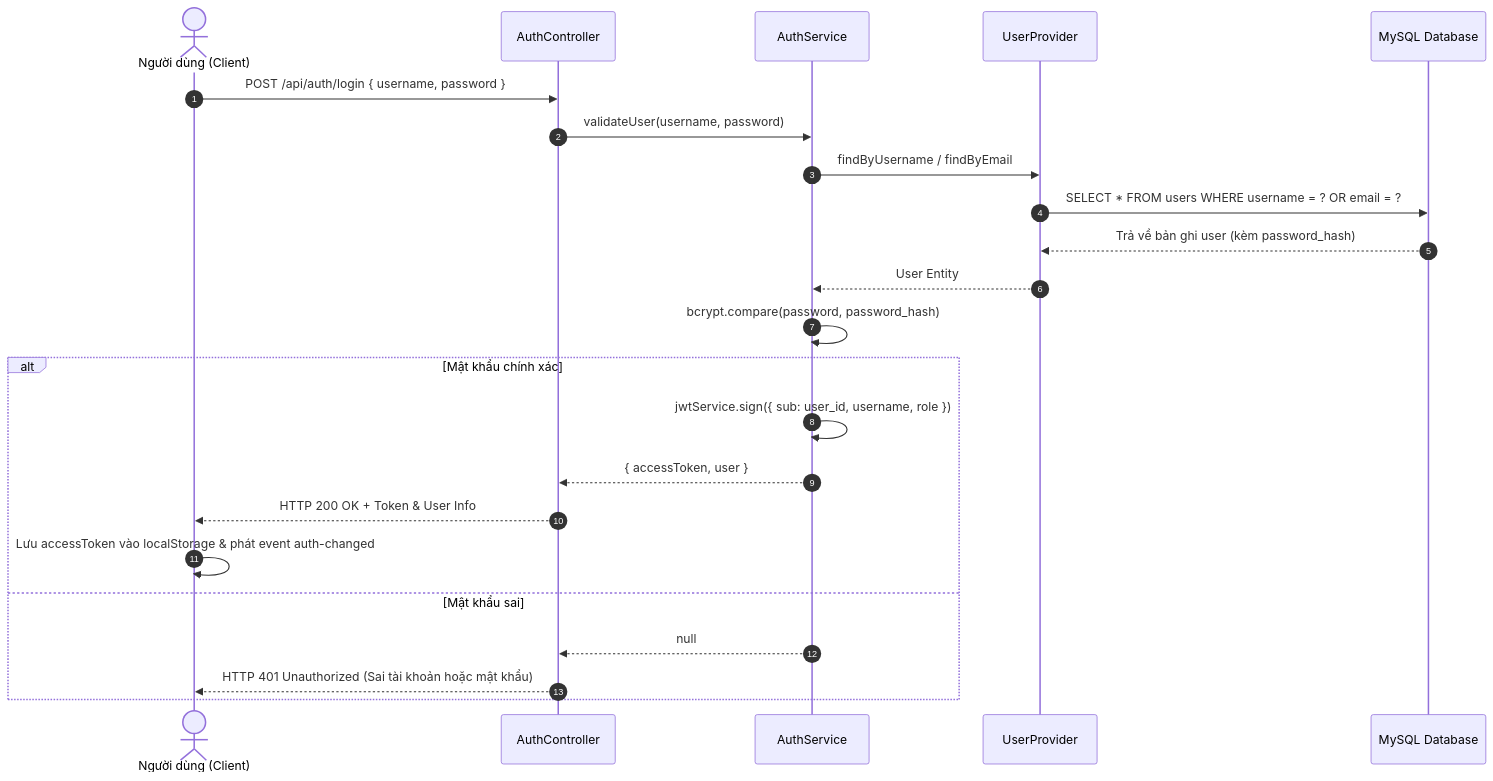
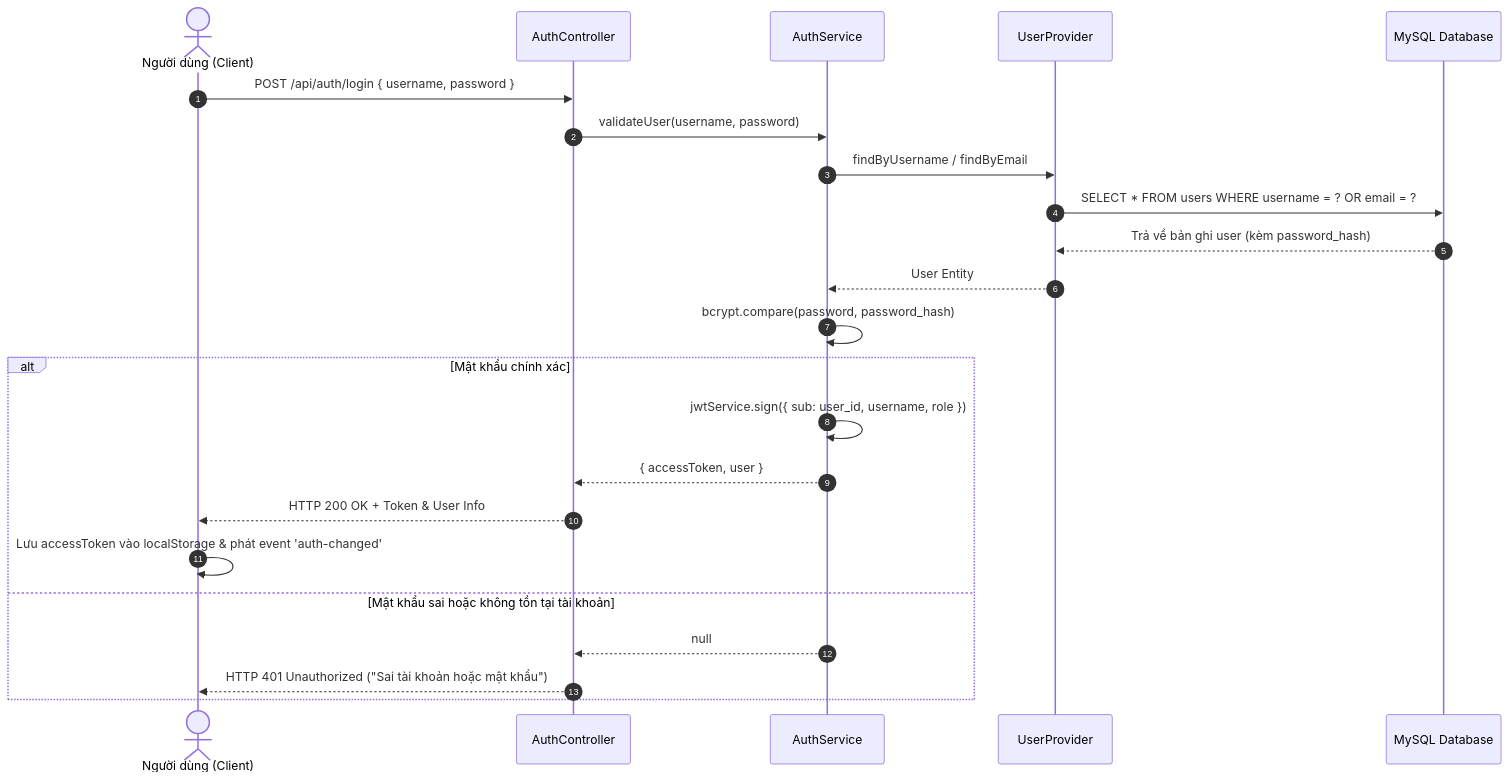
Before and after one commit to itcoder2k/ITWebNC-NO2: the first of 7 diagrams in docs/SEQUENCE_DIAGRAMS.md, drawn with Mermaid. The commit also changed other lines of this file and 4 other files, not shown here.

````diff
--- a/docs/SEQUENCE_DIAGRAMS.md
+++ b/docs/SEQUENCE_DIAGRAMS.md
@@ -10,27 +26,27 @@
 ```mermaid
 sequenceDiagram
     autonumber
     actor User as Người dùng (Client)
     participant AuthC as AuthController
     participant AuthS as AuthService
     participant UserP as UserProvider
     participant DB as MySQL Database
 
     User->>AuthC: POST /api/auth/login { username, password }
     AuthC->>AuthS: validateUser(username, password)
     AuthS->>UserP: findByUsername / findByEmail
     UserP->>DB: SELECT * FROM users WHERE username = ? OR email = ?
     DB-->>UserP: Trả về bản ghi user (kèm password_hash)
     UserP-->>AuthS: User Entity
     
     AuthS->>AuthS: bcrypt.compare(password, password_hash)
     alt Mật khẩu chính xác
         AuthS->>AuthS: jwtService.sign({ sub: user_id, username, role })
         AuthS-->>AuthC: { accessToken, user }
         AuthC-->>User: HTTP 200 OK + Token & User Info
-        User->>User: Lưu accessToken vào localStorage & phát event auth-changed
-    else Mật khẩu sai
+        User->>User: Lưu accessToken vào localStorage & phát event 'auth-changed'
+    else Mật khẩu sai hoặc không tồn tại tài khoản
         AuthS-->>AuthC: null
-        AuthC-->>User: HTTP 401 Unauthorized (Sai tài khoản hoặc mật khẩu)
+        AuthC-->>User: HTTP 401 Unauthorized ("Sai tài khoản hoặc mật khẩu")
     end
 ```
````
